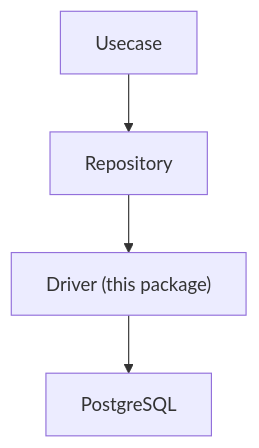
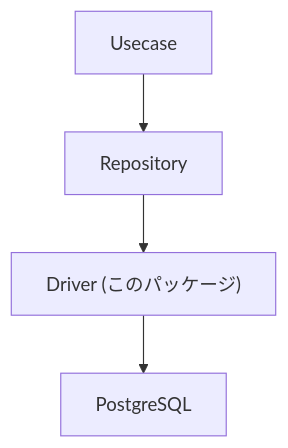
Before and after one commit to Tomy-ch/go-boilerplate: the first of 4 diagrams in internal/infrastructure/rdb/driver/README.md, drawn with Mermaid. The commit also changed other lines of this file and 970 other files, not shown here.

````diff
--- a/internal/infrastructure/rdb/driver/README.md
+++ b/internal/infrastructure/rdb/driver/README.md
@@ -11,4 +11,4 @@
 ```mermaid
 flowchart TB
-    Usecase --> Repo["Repository"] --> Driver["Driver (this package)"] --> DB["PostgreSQL"]
+    Usecase --> Repo["Repository"] --> Driver["Driver (このパッケージ)"] --> DB["PostgreSQL"]
 ```
````
